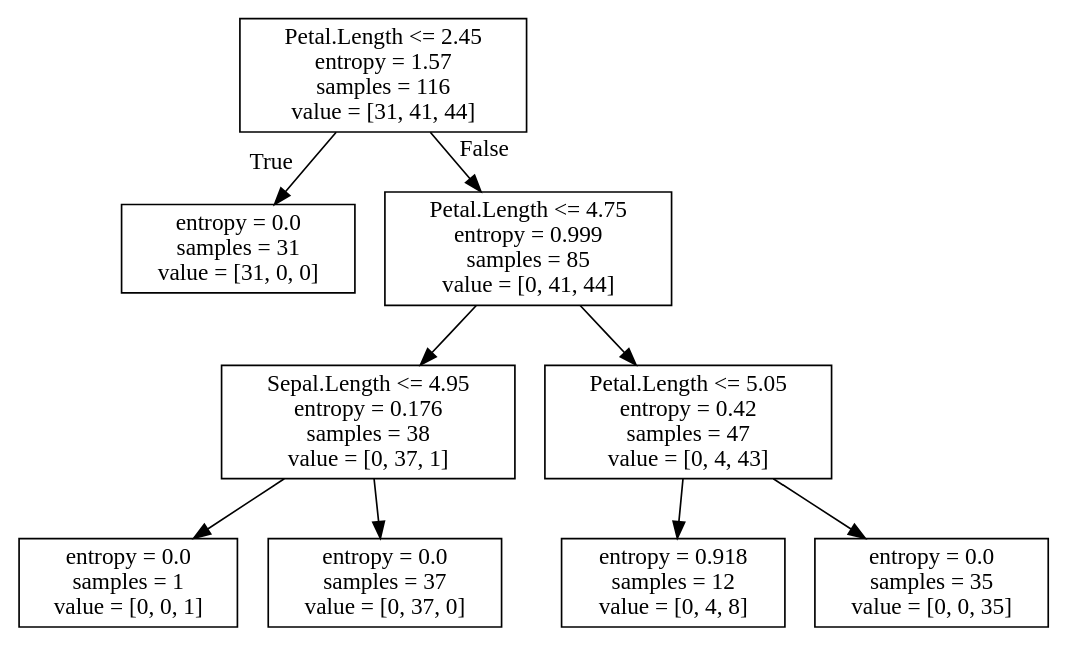
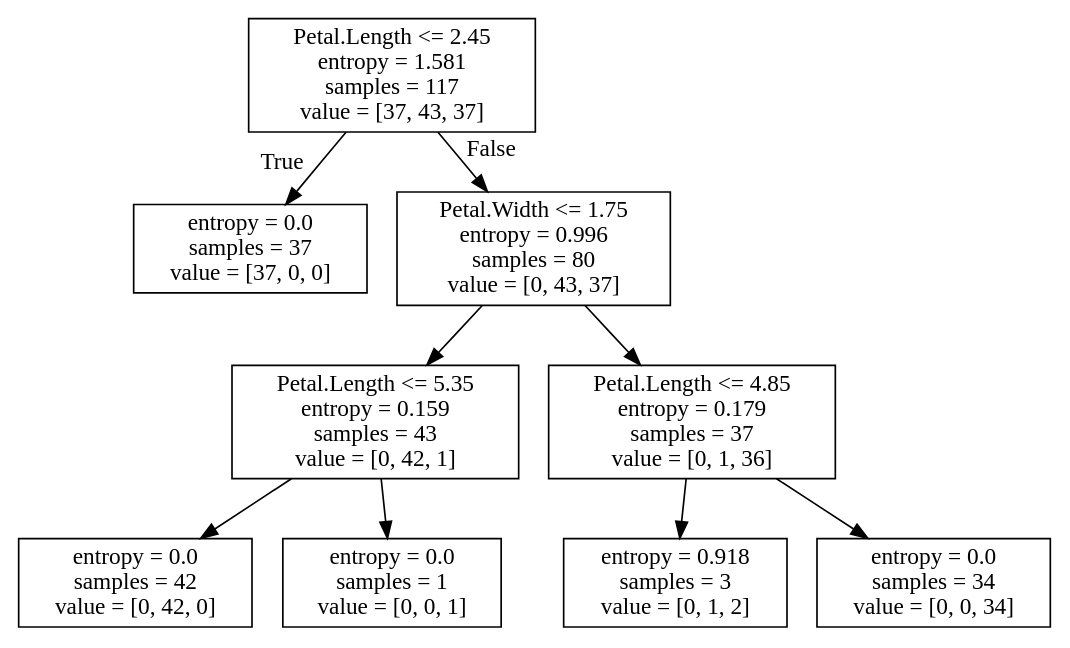
The diagram in resources/iris_dtree.dot (SmauricioP/Curso-ML), drawn with Graphviz before and after one commit. The commit also changed 3 other files, not shown here.

```diff
--- a/resources/iris_dtree.dot
+++ b/resources/iris_dtree.dot
@@ -1,20 +1,20 @@
 digraph Tree {
 node [shape=box] ;
-0 [label="Petal.Length <= 2.45\nentropy = 1.57\nsamples = 116\nvalue = [31, 41, 44]"] ;
-1 [label="entropy = 0.0\nsamples = 31\nvalue = [31, 0, 0]"] ;
+0 [label="Petal.Length <= 2.45\nentropy = 1.581\nsamples = 117\nvalue = [37, 43, 37]"] ;
+1 [label="entropy = 0.0\nsamples = 37\nvalue = [37, 0, 0]"] ;
 0 -> 1 [labeldistance=2.5, labelangle=45, headlabel="True"] ;
-2 [label="Petal.Length <= 4.75\nentropy = 0.999\nsamples = 85\nvalue = [0, 41, 44]"] ;
+2 [label="Petal.Width <= 1.75\nentropy = 0.996\nsamples = 80\nvalue = [0, 43, 37]"] ;
 0 -> 2 [labeldistance=2.5, labelangle=-45, headlabel="False"] ;
-3 [label="Sepal.Length <= 4.95\nentropy = 0.176\nsamples = 38\nvalue = [0, 37, 1]"] ;
+3 [label="Petal.Length <= 5.35\nentropy = 0.159\nsamples = 43\nvalue = [0, 42, 1]"] ;
 2 -> 3 ;
-4 [label="entropy = 0.0\nsamples = 1\nvalue = [0, 0, 1]"] ;
+4 [label="entropy = 0.0\nsamples = 42\nvalue = [0, 42, 0]"] ;
 3 -> 4 ;
-5 [label="entropy = 0.0\nsamples = 37\nvalue = [0, 37, 0]"] ;
+5 [label="entropy = 0.0\nsamples = 1\nvalue = [0, 0, 1]"] ;
 3 -> 5 ;
-6 [label="Petal.Length <= 5.05\nentropy = 0.42\nsamples = 47\nvalue = [0, 4, 43]"] ;
+6 [label="Petal.Length <= 4.85\nentropy = 0.179\nsamples = 37\nvalue = [0, 1, 36]"] ;
 2 -> 6 ;
-7 [label="entropy = 0.918\nsamples = 12\nvalue = [0, 4, 8]"] ;
+7 [label="entropy = 0.918\nsamples = 3\nvalue = [0, 1, 2]"] ;
 6 -> 7 ;
-8 [label="entropy = 0.0\nsamples = 35\nvalue = [0, 0, 35]"] ;
+8 [label="entropy = 0.0\nsamples = 34\nvalue = [0, 0, 34]"] ;
 6 -> 8 ;
 }
```
